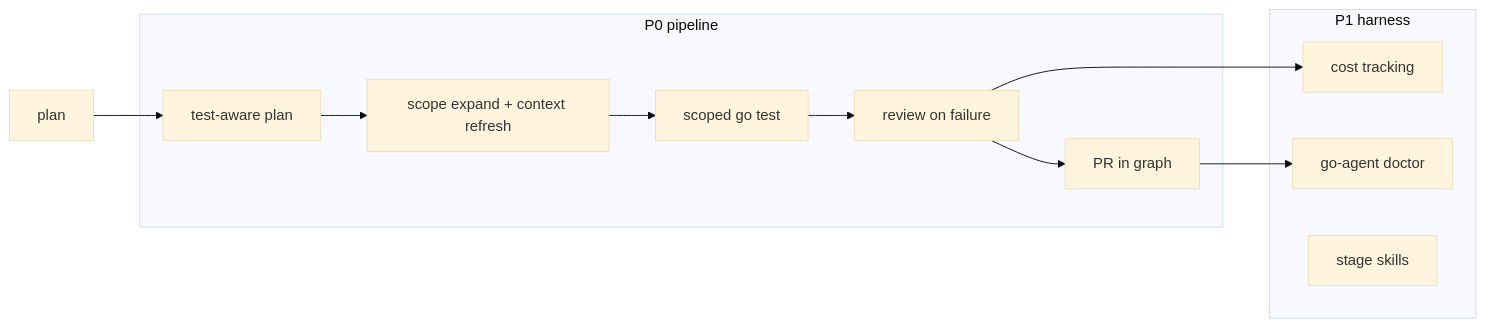
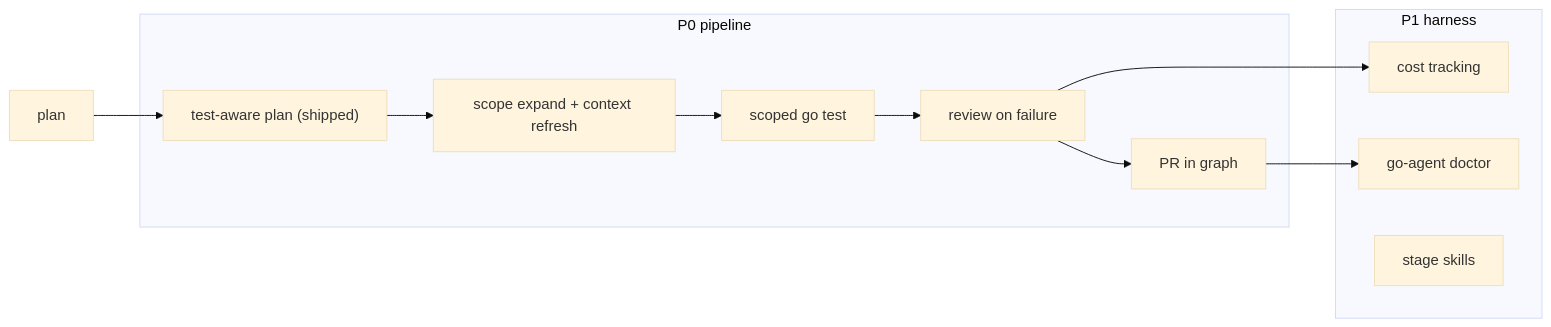
The second of 5 diagrams in docs/ARCHITECTURE.md (DarshanCode2005/Go-PR-Bot), drawn with Mermaid (base theme) before and after one commit. The commit also changed other lines of this file and 1 other file, not shown here.

Commit message:
issue 93 close

````diff
--- a/docs/ARCHITECTURE.md
+++ b/docs/ARCHITECTURE.md
@@ -49,18 +49,18 @@
 ```mermaid
 flowchart LR
   subgraph p0 [P0 pipeline]
-    plan2[test-aware plan]
+    plan2["test-aware plan (shipped)"]
     fix2[scope expand + context refresh]
     test2[scoped go test]
     review2[review on failure]
     pr2[PR in graph]
   end
   subgraph p1 [P1 harness]
     cost[cost tracking]
     doctor[go-agent doctor]
     skills[stage skills]
   end
   plan --> plan2 --> fix2 --> test2 --> review2 --> pr2
   review2 --> cost
   pr2 --> doctor
 ```
````
